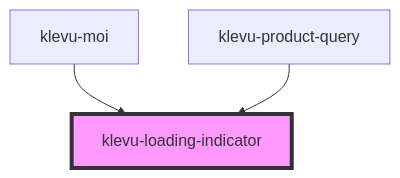
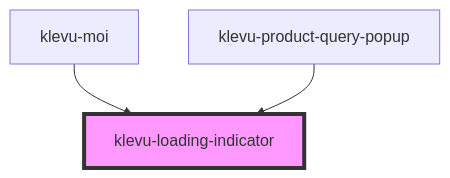
Before and after one commit to klevultd/frontend-sdk: the diagram in packages/klevu-ui/src/components/klevu-loading-indicator/readme.md, drawn with Mermaid. The commit also changed other lines of this file and 22 other files, not shown here.

````diff
--- a/packages/klevu-ui/src/components/klevu-loading-indicator/readme.md
+++ b/packages/klevu-ui/src/components/klevu-loading-indicator/readme.md
@@ -20,6 +20,6 @@
 ```mermaid
 graph TD;
   klevu-moi --> klevu-loading-indicator
-  klevu-product-query --> klevu-loading-indicator
+  klevu-product-query-popup --> klevu-loading-indicator
   style klevu-loading-indicator fill:#f9f,stroke:#333,stroke-width:4px
 ```
````
